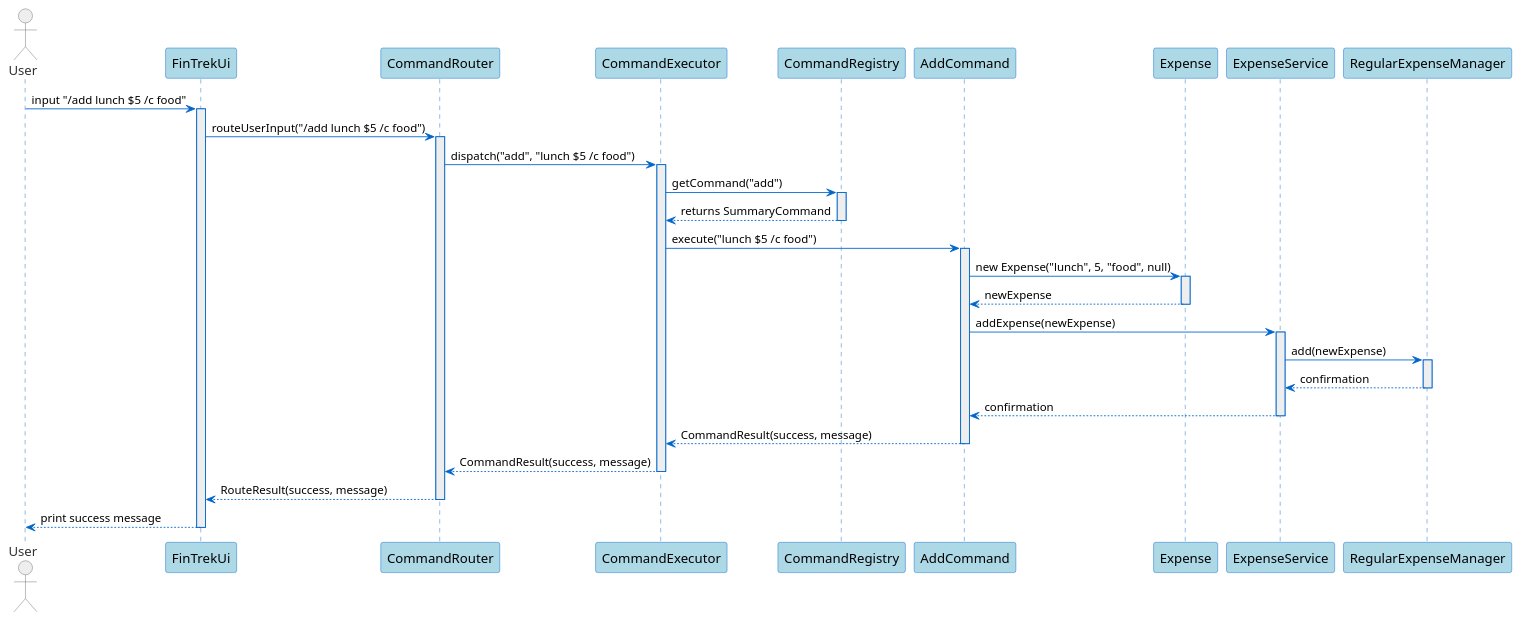
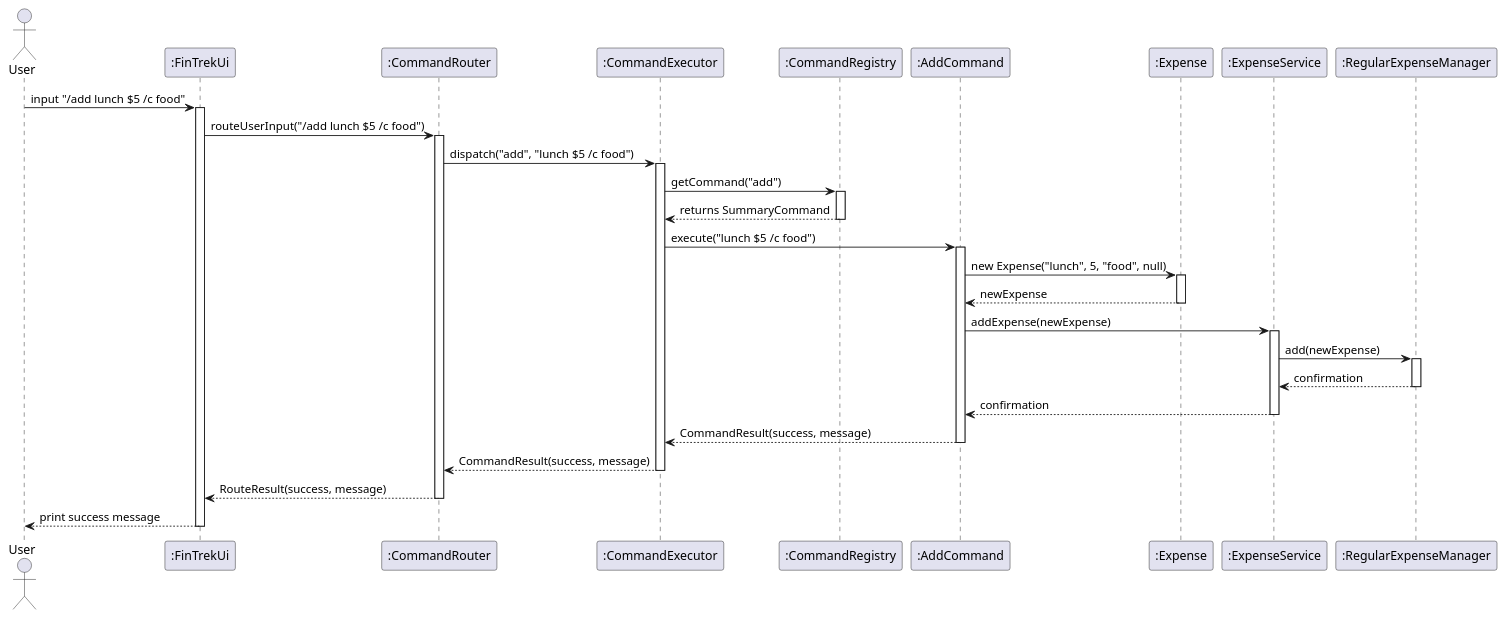
One commit to randust/tp changed the diagram in docs/diagrams/sequence/add.puml. Above: the diagram before and after it, drawn with PlantUML. The commit also changed 5 other files, not shown here.

Commit message:
Update Sequence Diagrams

```diff
--- a/docs/diagrams/sequence/add.puml
+++ b/docs/diagrams/sequence/add.puml
@@ -1,81 +1,61 @@
-@startuml
-skinparam sequence {
-  ArrowColor #0066CC
-  LifeLineBorderColor #0066CC
-  LifeLineBackgroundColor #EEEEEE
-
-  ParticipantBorderColor #0066CC
-  ParticipantBackgroundColor #ADD8E6
-  ParticipantFontColor #000000
-  ParticipantFontSize 15
-
-  ActorBorderColor #666666
-  ActorBackgroundColor #EEEEEE
-  ActorFontColor #333333
-  ActorFontSize 15
-}
-
-skinparam note {
-  BackgroundColor #FFE9B3
-  BorderColor #E8C174
-}
+@startuml add.puml
 
 actor "User" as user
-participant "FinTrekUi" as FT
-participant "CommandRouter" as router
-participant "CommandExecutor" as executor
-participant "CommandRegistry" as registry
-participant "AddCommand" as AC
-participant "Expense" as expense
-participant "ExpenseService" as ES
-participant "RegularExpenseManager" as REM
+participant ":FinTrekUi" as FT
+participant ":CommandRouter" as router
+participant ":CommandExecutor" as executor
+participant ":CommandRegistry" as registry
+participant ":AddCommand" as AC
+participant ":Expense" as expense
+participant ":ExpenseService" as ES
+participant ":RegularExpenseManager" as REM
 
 user -> FT: input "/add lunch $5 /c food"
 activate FT
 
 FT -> router: routeUserInput("/add lunch $5 /c food")
 activate router
 
 router -> executor: dispatch("add", "lunch $5 /c food")
 activate executor
 
 executor -> registry: getCommand("add")
 activate registry
 
 registry --> executor: returns SummaryCommand
 deactivate registry
 
 executor -> AC: execute("lunch $5 /c food")
 activate AC
 
 AC -> expense: new Expense("lunch", 5, "food", null)
 activate expense
 
 expense --> AC: newExpense
 deactivate expense
 
 AC -> ES: addExpense(newExpense)
 activate ES
 
 ES -> REM: add(newExpense)
 activate REM
 
 REM --> ES: confirmation
 deactivate REM
 
 ES --> AC: confirmation
 deactivate ES
 
 AC --> executor: CommandResult(success, message)
 deactivate AC
 
 executor --> router: CommandResult(success, message)
 deactivate executor
 
 router --> FT: RouteResult(success, message)
 deactivate router
 
 FT --> user: print success message
 deactivate FT
 
 @enduml
```
